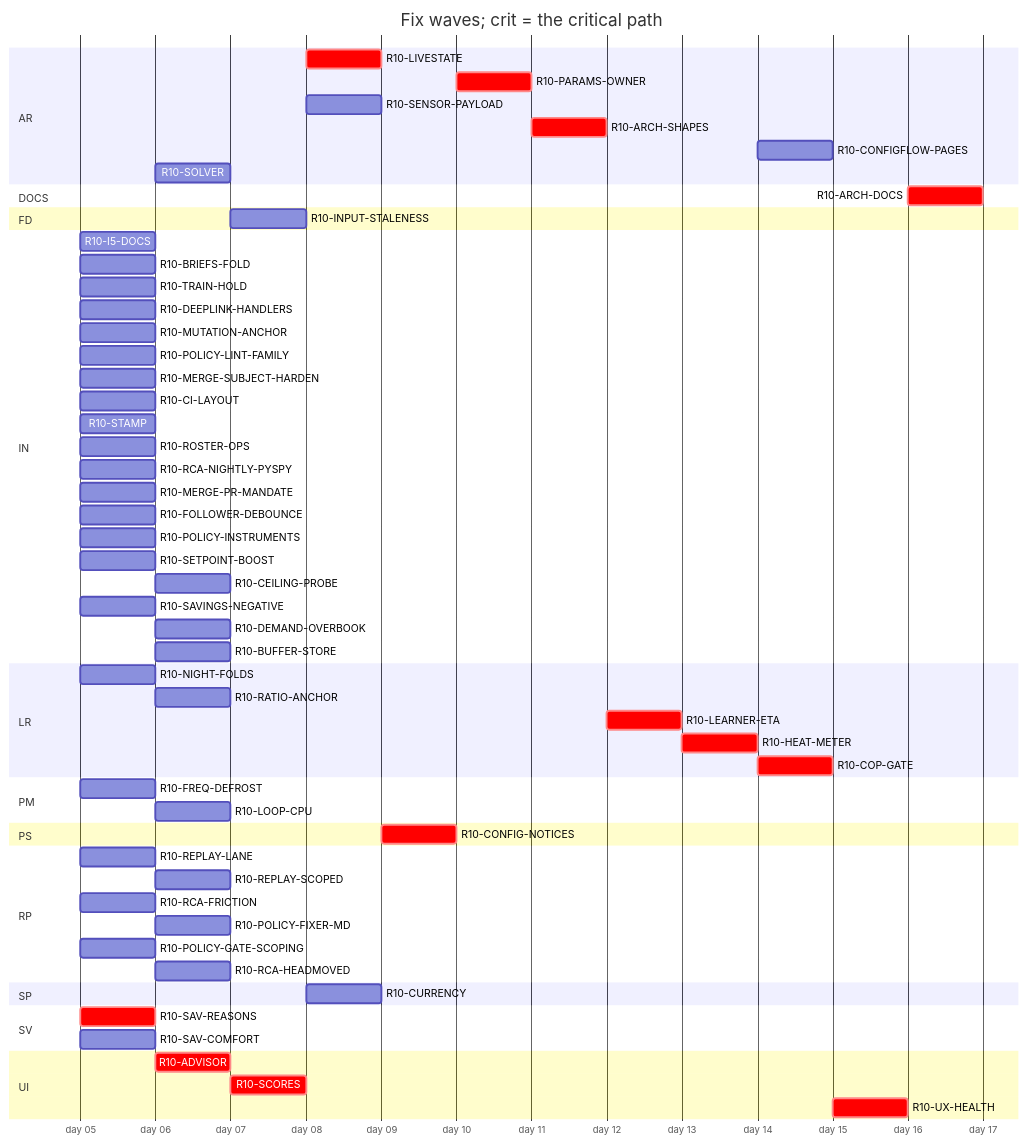
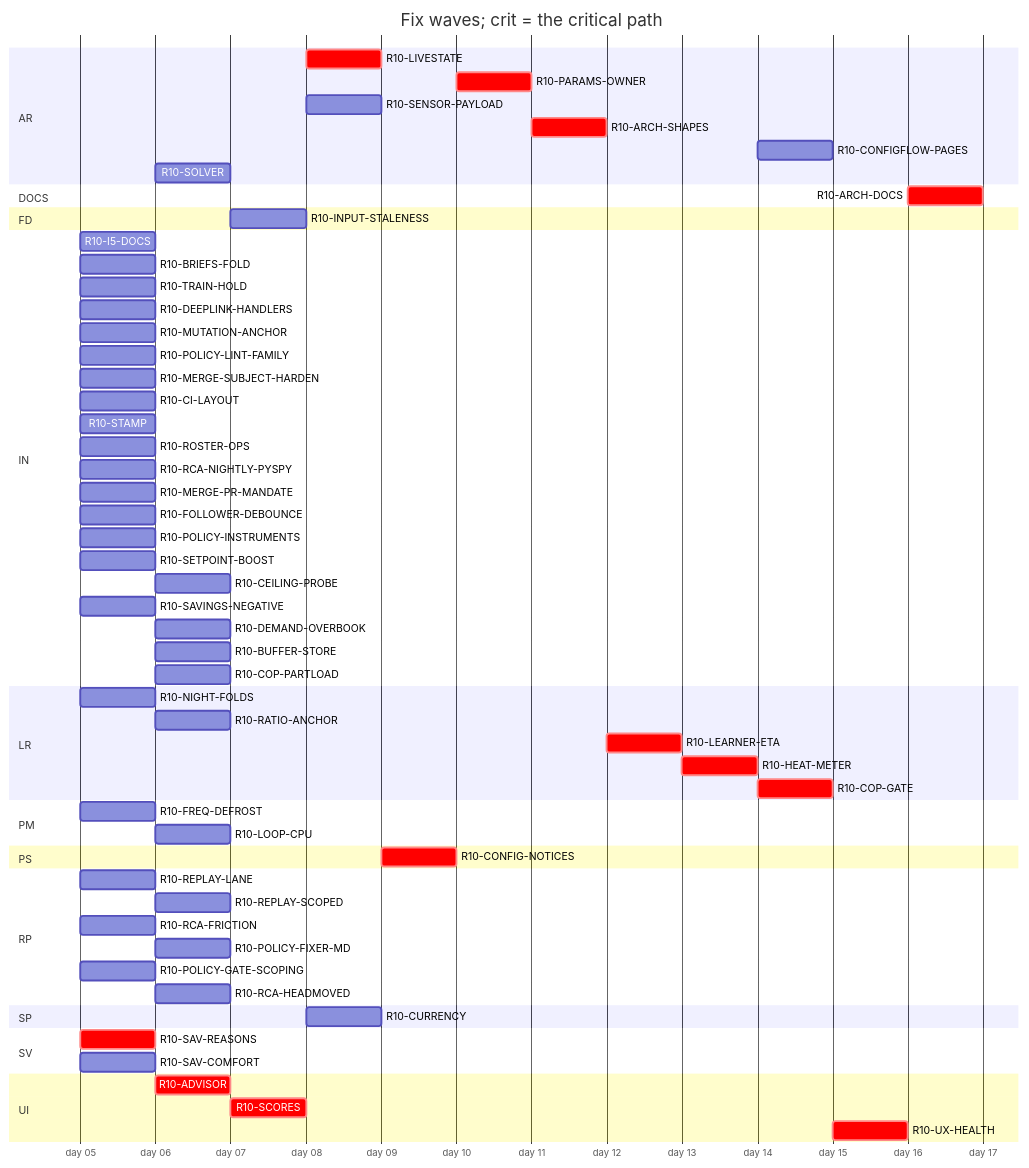
One commit to tvofi/heatpump_optimizer changed the diagram in handoff/round10/state/PLAN-TABLE.md. Above: the diagram before and after it, drawn with Mermaid. The commit also changed other lines of this file and 2 other files, not shown here.

````diff
--- a/handoff/round10/state/PLAN-TABLE.md
+++ b/handoff/round10/state/PLAN-TABLE.md
@@ -24,64 +24,65 @@
 ```mermaid
 gantt
   title Fix waves; crit = the critical path
   dateFormat YYYY-MM-DD
   axisFormat day %d
   section AR
     R10-LIVESTATE :crit, r10LIVESTATE, after r10SCORES, 1d
     R10-PARAMS-OWNER :crit, r10PARAMSOWNER, after r10CONFIGNOTICES, 1d
     R10-SENSOR-PAYLOAD :r10SENSORPAYLOAD, after r10SCORES, 1d
     R10-ARCH-SHAPES :crit, r10ARCHSHAPES, after r10PARAMSOWNER r10SENSORPAYLOAD r10FREQDEFROST, 1d
     R10-CONFIGFLOW-PAGES :r10CONFIGFLOWPAGES, after r10HEATMETER, 1d
     R10-SOLVER :r10SOLVER, after r10SAVREASONS, 1d
   section DOCS
     R10-ARCH-DOCS :crit, r10ARCHDOCS, after r10NIGHTFOLDS r10RATIOANCHOR r10INPUTSTALENESS r10CURRENCY r10FREQDEFROST r10LOOPCPU r10SAVREASONS r10ADVISOR r10SCORES r10LIVESTATE r10CONFIGNOTICES r10PARAMSOWNER r10SENSORPAYLOAD r10ARCHSHAPES r10LEARNERETA r10HEATMETER r10COPGATE r10UXHEALTH r10CONFIGFLOWPAGES r10SOLVER r10I5DOCS r10BRIEFSFOLD r10REPLAYLANE r10REPLAYSCOPED r10TRAINHOLD r10DEEPLINKHANDLERS, 1d
   section FD
     R10-INPUT-STALENESS :r10INPUTSTALENESS, after r10RATIOANCHOR, 1d
   section IN
     R10-I5-DOCS :r10I5DOCS, 2026-01-05, 1d
     R10-BRIEFS-FOLD :r10BRIEFSFOLD, 2026-01-05, 1d
     R10-TRAIN-HOLD :r10TRAINHOLD, 2026-01-05, 1d
     R10-DEEPLINK-HANDLERS :r10DEEPLINKHANDLERS, 2026-01-05, 1d
     R10-MUTATION-ANCHOR :r10MUTATIONANCHOR, 2026-01-05, 1d
     R10-POLICY-LINT-FAMILY :r10POLICYLINTFAMILY, 2026-01-05, 1d
     R10-MERGE-SUBJECT-HARDEN :r10MERGESUBJECTHARDEN, 2026-01-05, 1d
     R10-CI-LAYOUT :r10CILAYOUT, 2026-01-05, 1d
     R10-STAMP :r10STAMP, 2026-01-05, 1d
     R10-ROSTER-OPS :r10ROSTEROPS, 2026-01-05, 1d
     R10-RCA-NIGHTLY-PYSPY :r10RCANIGHTLYPYSPY, 2026-01-05, 1d
     R10-MERGE-PR-MANDATE :r10MERGEPRMANDATE, 2026-01-05, 1d
     R10-FOLLOWER-DEBOUNCE :r10FOLLOWERDEBOUNCE, 2026-01-05, 1d
     R10-POLICY-INSTRUMENTS :r10POLICYINSTRUMENTS, 2026-01-05, 1d
     R10-SETPOINT-BOOST :r10SETPOINTBOOST, 2026-01-05, 1d
     R10-CEILING-PROBE :r10CEILINGPROBE, after r10SETPOINTBOOST r10CILAYOUT r10NIGHTFOLDS, 1d
     R10-SAVINGS-NEGATIVE :r10SAVINGSNEGATIVE, 2026-01-05, 1d
     R10-DEMAND-OVERBOOK :r10DEMANDOVERBOOK, after r10SETPOINTBOOST, 1d
     R10-BUFFER-STORE :r10BUFFERSTORE, after r10SETPOINTBOOST, 1d
+    R10-COP-PARTLOAD :r10COPPARTLOAD, after r10SETPOINTBOOST, 1d
   section LR
     R10-NIGHT-FOLDS :r10NIGHTFOLDS, 2026-01-05, 1d
     R10-RATIO-ANCHOR :r10RATIOANCHOR, after r10NIGHTFOLDS, 1d
     R10-LEARNER-ETA :crit, r10LEARNERETA, after r10ARCHSHAPES, 1d
     R10-HEAT-METER :crit, r10HEATMETER, after r10LEARNERETA r10INPUTSTALENESS r10RATIOANCHOR, 1d
     R10-COP-GATE :crit, r10COPGATE, after r10HEATMETER r10SENSORPAYLOAD, 1d
   section PM
     R10-FREQ-DEFROST :r10FREQDEFROST, 2026-01-05, 1d
     R10-LOOP-CPU :r10LOOPCPU, after r10FREQDEFROST, 1d
   section PS
     R10-CONFIG-NOTICES :crit, r10CONFIGNOTICES, after r10LIVESTATE, 1d
   section RP
     R10-REPLAY-LANE :r10REPLAYLANE, 2026-01-05, 1d
     R10-REPLAY-SCOPED :r10REPLAYSCOPED, after r10REPLAYLANE r10TRAINHOLD, 1d
     R10-RCA-FRICTION :r10RCAFRICTION, 2026-01-05, 1d
     R10-POLICY-FIXER-MD :r10POLICYFIXERMD, after r10RCAFRICTION r10BRIEFSFOLD, 1d
     R10-POLICY-GATE-SCOPING :r10POLICYGATESCOPING, 2026-01-05, 1d
     R10-RCA-HEADMOVED :r10RCAHEADMOVED, after r10RCAFRICTION, 1d
   section SP
     R10-CURRENCY :r10CURRENCY, after r10INPUTSTALENESS, 1d
   section SV
     R10-SAV-REASONS :crit, r10SAVREASONS, 2026-01-05, 1d
     R10-SAV-COMFORT :r10SAVCOMFORT, 2026-01-05, 1d
   section UI
     R10-ADVISOR :crit, r10ADVISOR, after r10SAVREASONS, 1d
     R10-SCORES :crit, r10SCORES, after r10ADVISOR, 1d
     R10-UX-HEALTH :crit, r10UXHEALTH, after r10SCORES r10COPGATE r10HEATMETER, 1d
 ```
````
